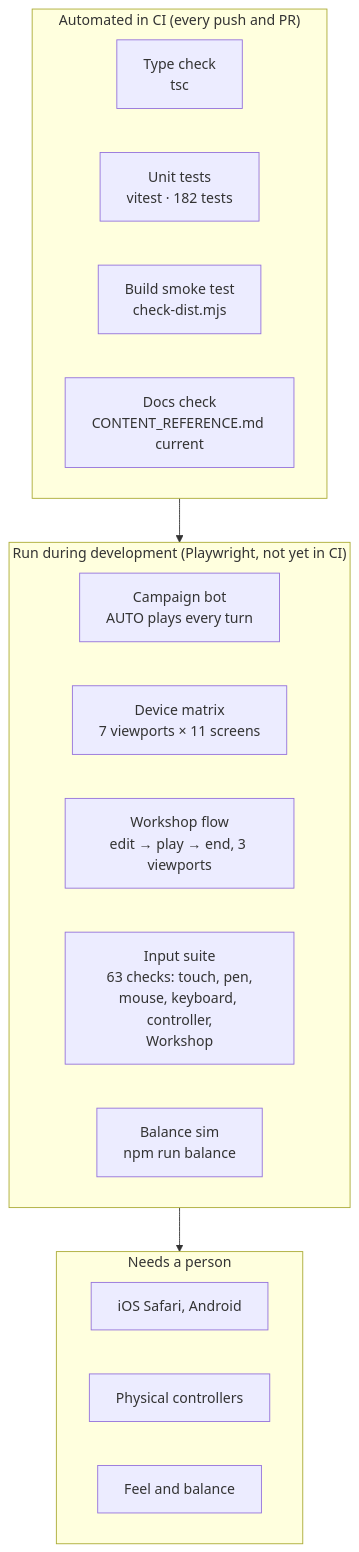
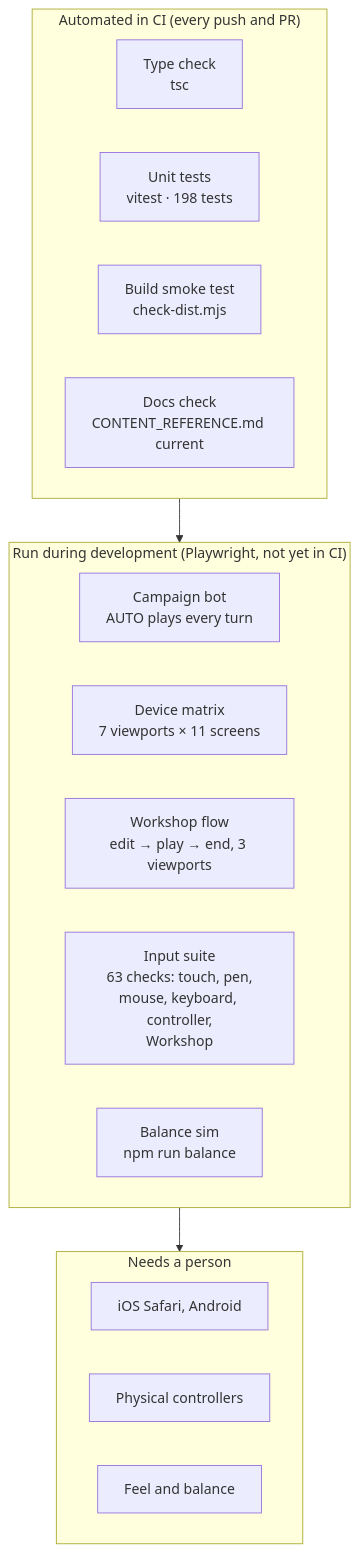
Before and after one commit to CptNope/Chess-RPG-Tactics: the diagram in docs/TESTING.md, drawn with Mermaid. The commit also changed other lines of this file and 31 other files, not shown here.

````diff
--- a/docs/TESTING.md
+++ b/docs/TESTING.md
@@ -9,22 +9,22 @@
 ```mermaid
 flowchart TB
     subgraph Auto["Automated in CI (every push and PR)"]
         T1["Type check<br/>tsc"]
-        T2["Unit tests<br/>vitest · 182 tests"]
+        T2["Unit tests<br/>vitest · 198 tests"]
         T3["Build smoke test<br/>check-dist.mjs"]
         T4["Docs check<br/>CONTENT_REFERENCE.md current"]
     end
     subgraph Dev["Run during development (Playwright, not yet in CI)"]
         P1["Campaign bot<br/>AUTO plays every turn"]
         P2["Device matrix<br/>7 viewports × 11 screens"]
         P4["Workshop flow<br/>edit → play → end, 3 viewports"]
         P3["Input suite<br/>63 checks: touch, pen,<br/>mouse, keyboard, controller,<br/>Workshop"]
         P5["Balance sim<br/>npm run balance"]
     end
     subgraph Human["Needs a person"]
         H1["iOS Safari, Android"]
         H2["Physical controllers"]
         H3["Feel and balance"]
     end
     Auto --> Dev --> Human
 ```
````
